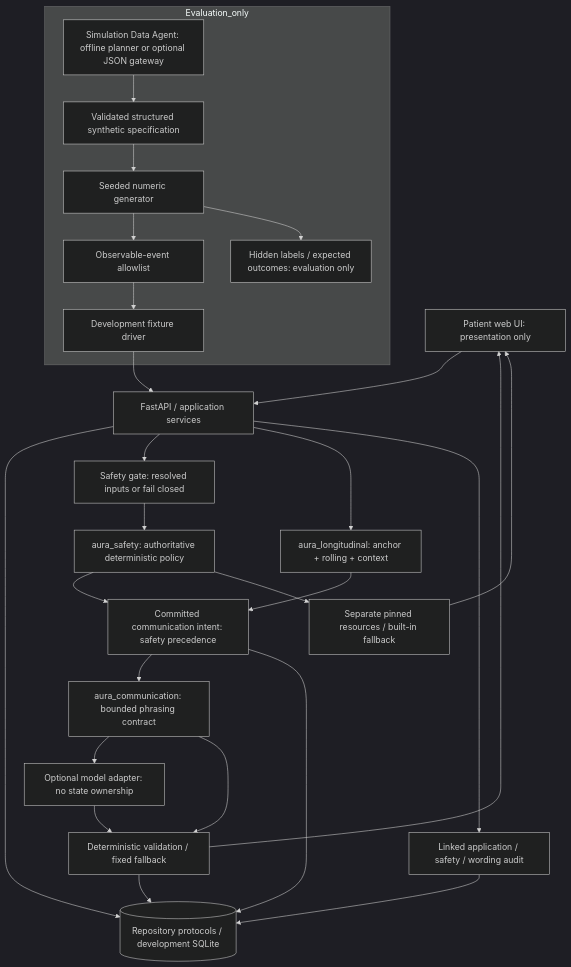
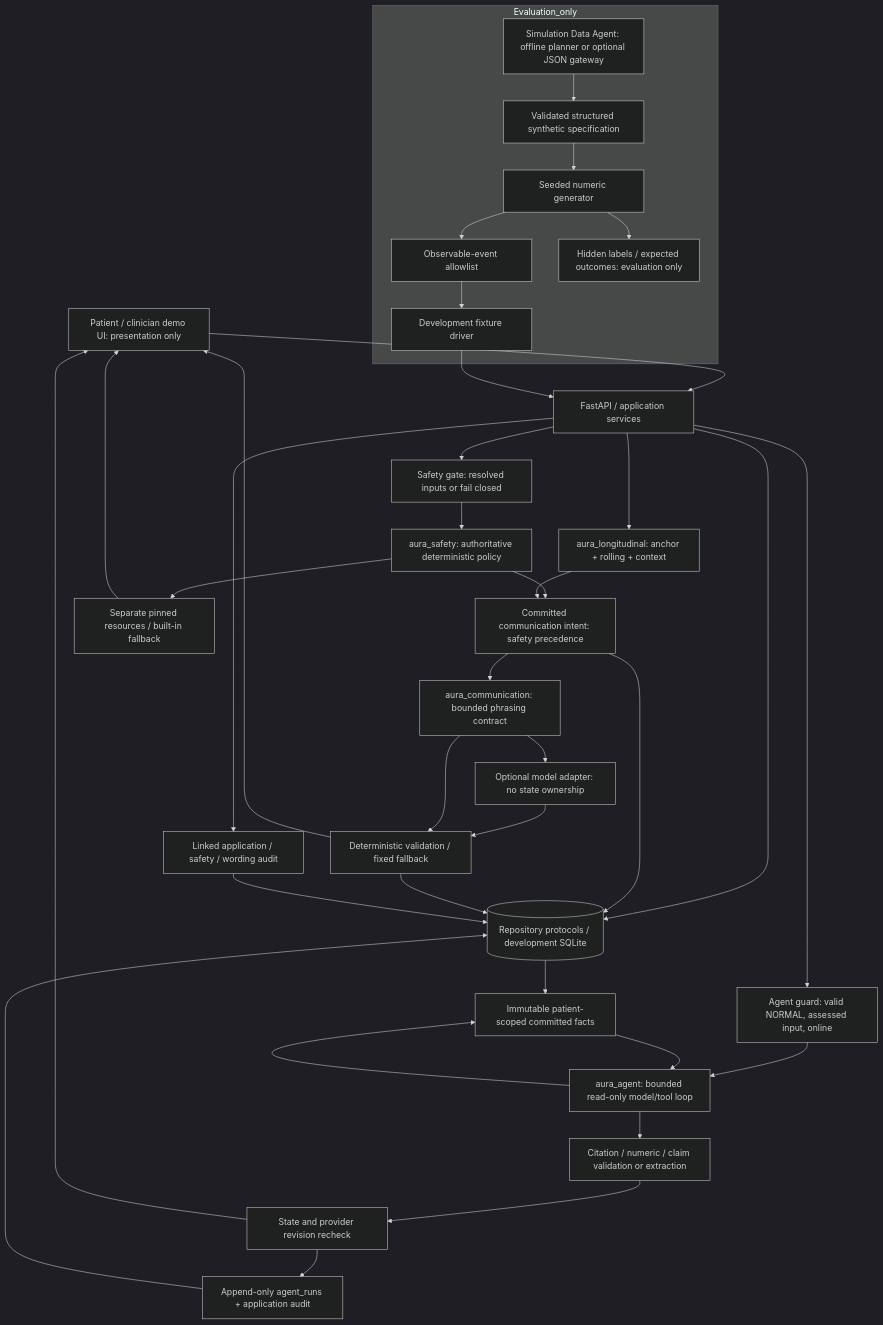
The diagram in docs/ARCHITECTURE.md (e8aura-makodev58/aura-health), drawn with Mermaid (dark theme) before and after one commit. The commit also changed other lines of this file and 40 other files, not shown here.

Commit message:
feat: add read-only AURA agent and grounded record skills

````diff
--- a/docs/ARCHITECTURE.md
+++ b/docs/ARCHITECTURE.md
@@ -5,30 +5,40 @@
 ```mermaid
 flowchart TD
-  UI[Patient web UI: presentation only] --> API[FastAPI / application services]
+  UI[Patient / clinician demo UI: presentation only] --> API[FastAPI / application services]
   API --> DB[(Repository protocols / development SQLite)]
   API --> GATE[Safety gate: resolved inputs or fail closed]
   GATE --> SAFETY[aura_safety: authoritative deterministic policy]
   API --> LONG[aura_longitudinal: anchor + rolling + context]
   SAFETY --> INTENT[Committed communication intent: safety precedence]
   LONG --> INTENT
   INTENT --> WORD[aura_communication: bounded phrasing contract]
   WORD --> OPTIONAL[Optional model adapter: no state ownership]
   OPTIONAL --> VALID[Deterministic validation / fixed fallback]
   WORD --> VALID
   VALID --> UI
   SAFETY --> PIN[Separate pinned resources / built-in fallback]
   PIN --> UI
   INTENT --> DB
   VALID --> DB
+  API --> AGUARD[Agent guard: valid NORMAL, assessed input, online]
+  AGUARD --> AGENT[aura_agent: bounded read-only model/tool loop]
+  AGENT --> READ[Immutable patient-scoped committed facts]
+  DB --> READ
+  READ --> AGENT
+  AGENT --> GROUNDED[Citation / numeric / claim validation or extraction]
+  GROUNDED --> RACE[State and provider revision recheck]
+  RACE --> UI
+  RACE --> TRACE[Append-only agent_runs + application audit]
+  TRACE --> DB
   API --> AUDIT[Linked application / safety / wording audit]
   AUDIT --> DB
   subgraph Evaluation_only
     PLAN[Simulation Data Agent: offline planner or optional JSON gateway]
     PLAN --> SPEC[Validated structured synthetic specification]
     SPEC --> GEN[Seeded numeric generator]
     GEN --> FILTER[Observable-event allowlist]
     GEN --> TRUTH[Hidden labels / expected outcomes: evaluation only]
     FILTER --> DRIVER[Development fixture driver]
   end
   DRIVER --> API
 ```
````
